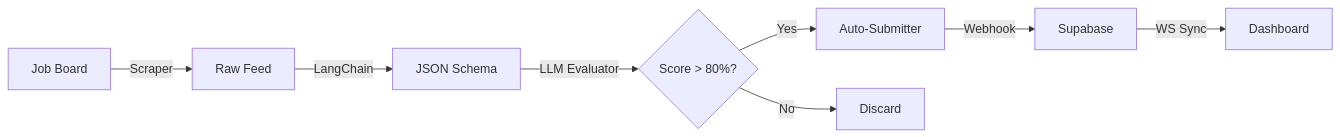
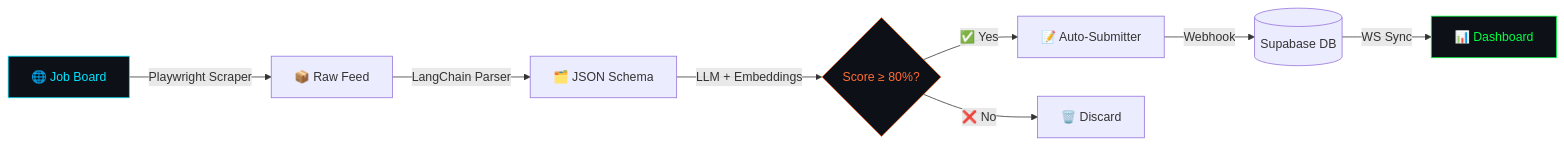
The first of 4 diagrams in README.md (Rishabh02104/Rishabh02104), drawn with Mermaid before and after one commit. The commit also changed other lines of this file, not shown here.

````diff
--- a/README.md
+++ b/README.md
@@ -157,10 +218,13 @@
 ```mermaid
 graph LR
-  Board[Job Board] -->|Scraper| Feed[Raw Feed]
-  Feed -->|LangChain| JSON[JSON Schema]
-  JSON -->|LLM Evaluator| Score{Score > 80%?}
-  Score -->|Yes| Form[Auto-Submitter]
-  Score -->|No| Discard[Discard]
-  Form -->|Webhook| DB[Supabase]
-  DB -->|WS Sync| Dash[Dashboard]
+  A[🌐 Job Board] -->|Playwright Scraper| B[📦 Raw Feed]
+  B -->|LangChain Parser| C[🗂️ JSON Schema]
+  C -->|LLM + Embeddings| D{Score ≥ 80%?}
+  D -->|✅ Yes| E[📝 Auto-Submitter]
+  D -->|❌ No| F[🗑️ Discard]
+  E -->|Webhook| G[(Supabase DB)]
+  G -->|WS Sync| H[📊 Dashboard]
+  style A fill:#0d1117,stroke:#00E5FF,color:#00E5FF
+  style H fill:#0d1117,stroke:#00FF41,color:#00FF41
+  style D fill:#0d1117,stroke:#FF6B35,color:#FF6B35
 ```
````
